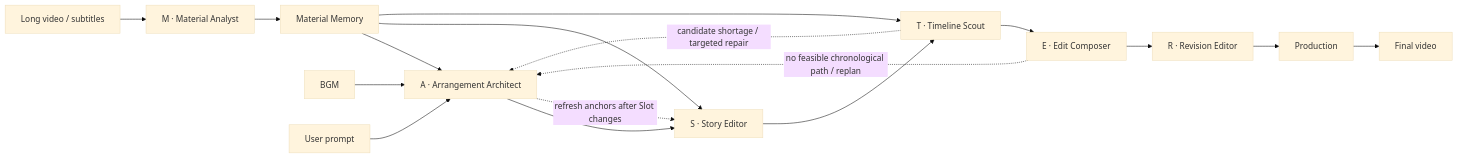
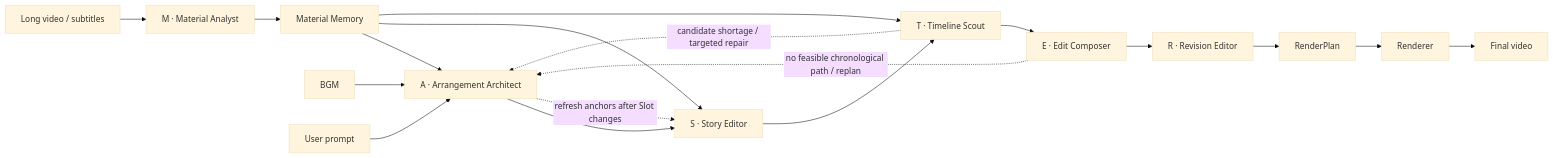
One commit to hit-felix-chen/CutMaster changed the diagram in README_EN.md. Above: the diagram before and after it, drawn with Mermaid (base theme). The commit also changed other lines of this file and 52 other files, not shown here.

````diff
--- a/README_EN.md
+++ b/README_EN.md
@@ -46,21 +46,22 @@
 ```mermaid
 flowchart LR
     V["Long video / subtitles"] --> M["M · Material Analyst"]
     M --> MM["Material Memory"]
 
     B["BGM"] --> A["A · Arrangement Architect"]
     P["User prompt"] --> A
     MM --> A
     A --> S["S · Story Editor"]
     MM --> S
     S --> T["T · Timeline Scout"]
     MM --> T
     T --> E["E · Edit Composer"]
     E --> R["R · Revision Editor"]
-    R --> PR["Production"]
-    PR --> O["Final video"]
+    R --> RP["RenderPlan"]
+    RP --> RD["Renderer"]
+    RD --> O["Final video"]
 
     T -. "candidate shortage / targeted repair" .-> A
     E -. "no feasible chronological path / replan" .-> A
     A -. "refresh anchors after Slot changes" .-> S
 ```
````
